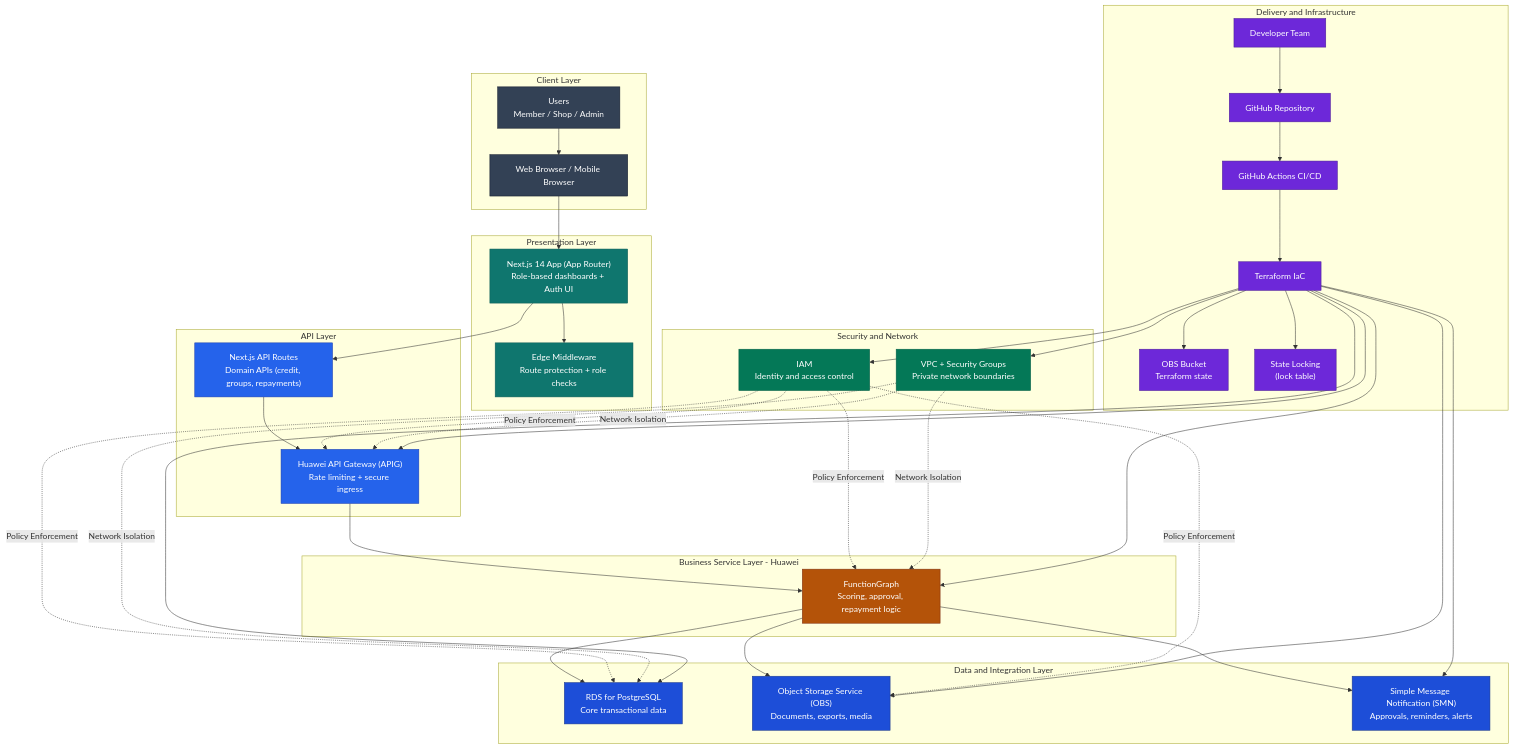
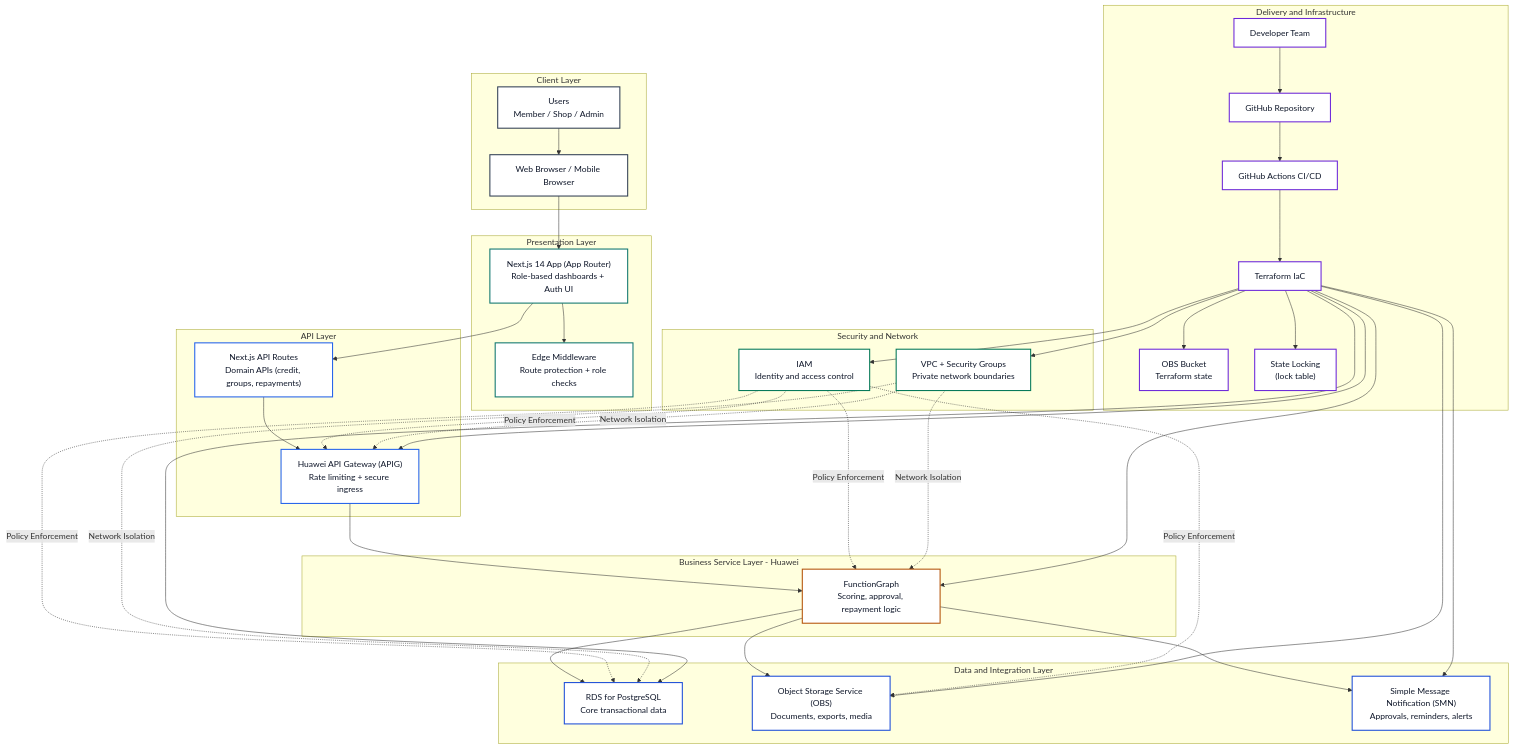
One commit to faneleedison-ux/ekhadi-shopware-plugin changed the diagram in assets/images/architecture/system-architecture-huawei.mmd. Above: the diagram before and after it, drawn with Mermaid.

Commit message:
docs(architecture): apply white high-contrast Mermaid styling

```diff
--- a/assets/images/architecture/system-architecture-huawei.mmd
+++ b/assets/images/architecture/system-architecture-huawei.mmd
@@ -1,86 +1,86 @@
 flowchart TB
   %% e-Khadi architecture: current app shape + Huawei target runtime
 
   subgraph ClientLayer[Client Layer]
     USERS["Users\nMember / Shop / Admin"]
     BROWSER["Web Browser / Mobile Browser"]
     USERS --> BROWSER
   end
 
   subgraph FrontendLayer[Presentation Layer]
     NEXT["Next.js 14 App (App Router)\nRole-based dashboards + Auth UI"]
     EDGE["Edge Middleware\nRoute protection + role checks"]
     NEXT --> EDGE
   end
 
   subgraph ApiLayer[API Layer]
     API["Next.js API Routes\nDomain APIs (credit, groups, repayments)"]
     APIG["Huawei API Gateway (APIG)\nRate limiting + secure ingress"]
     NEXT --> API
     API --> APIG
   end
 
   subgraph ServiceLayer[Business Service Layer - Huawei]
     FG["FunctionGraph\nScoring, approval, repayment logic"]
     APIG --> FG
   end
 
   subgraph DataLayer[Data and Integration Layer]
     RDS["RDS for PostgreSQL\nCore transactional data"]
     OBS["Object Storage Service (OBS)\nDocuments, exports, media"]
     SMN["Simple Message Notification (SMN)\nApprovals, reminders, alerts"]
     FG --> RDS
     FG --> OBS
     FG --> SMN
   end
 
   subgraph SecurityNetwork[Security and Network]
     IAM["IAM\nIdentity and access control"]
     VPC["VPC + Security Groups\nPrivate network boundaries"]
   end
 
   IAM -. Policy Enforcement .-> APIG
   IAM -. Policy Enforcement .-> FG
   IAM -. Policy Enforcement .-> RDS
   IAM -. Policy Enforcement .-> OBS
   VPC -. Network Isolation .-> APIG
   VPC -. Network Isolation .-> FG
   VPC -. Network Isolation .-> RDS
 
   subgraph DeliveryOps[Delivery and Infrastructure]
     DEV["Developer Team"]
     GH["GitHub Repository"]
     GHA["GitHub Actions CI/CD"]
     TF["Terraform IaC"]
     OBSSTATE["OBS Bucket\nTerraform state"]
     LOCK["State Locking\n(lock table)"]
 
     DEV --> GH --> GHA --> TF
     TF --> OBSSTATE
     TF --> LOCK
     TF --> APIG
     TF --> FG
     TF --> RDS
     TF --> OBS
     TF --> SMN
     TF --> IAM
     TF --> VPC
   end
 
   BROWSER --> NEXT
 
-  classDef user fill:#334155,stroke:#0f172a,color:#ffffff,stroke-width:1px;
-  classDef frontend fill:#0f766e,stroke:#115e59,color:#ffffff,stroke-width:1px;
-  classDef api fill:#2563eb,stroke:#1e40af,color:#ffffff,stroke-width:1px;
-  classDef service fill:#b45309,stroke:#7c2d12,color:#ffffff,stroke-width:1px;
-  classDef data fill:#1d4ed8,stroke:#1e3a8a,color:#ffffff,stroke-width:1px;
-  classDef security fill:#047857,stroke:#065f46,color:#ffffff,stroke-width:1px;
-  classDef delivery fill:#6d28d9,stroke:#4c1d95,color:#ffffff,stroke-width:1px;
+  classDef user fill:#ffffff,stroke:#334155,color:#0f172a,stroke-width:2px;
+  classDef frontend fill:#ffffff,stroke:#0f766e,color:#0f172a,stroke-width:2px;
+  classDef api fill:#ffffff,stroke:#2563eb,color:#0f172a,stroke-width:2px;
+  classDef service fill:#ffffff,stroke:#b45309,color:#0f172a,stroke-width:2px;
+  classDef data fill:#ffffff,stroke:#1d4ed8,color:#0f172a,stroke-width:2px;
+  classDef security fill:#ffffff,stroke:#047857,color:#0f172a,stroke-width:2px;
+  classDef delivery fill:#ffffff,stroke:#6d28d9,color:#0f172a,stroke-width:2px;
 
   class USERS,BROWSER user;
   class NEXT,EDGE frontend;
   class API,APIG api;
   class FG service;
   class RDS,OBS,SMN data;
   class IAM,VPC security;
   class DEV,GH,GHA,TF,OBSSTATE,LOCK delivery;
```
